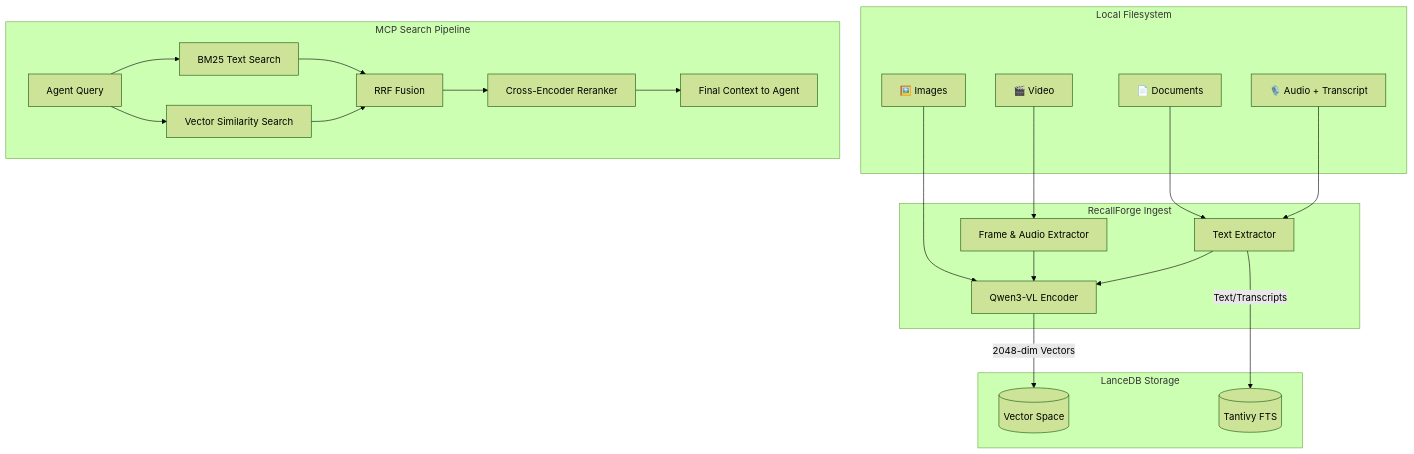
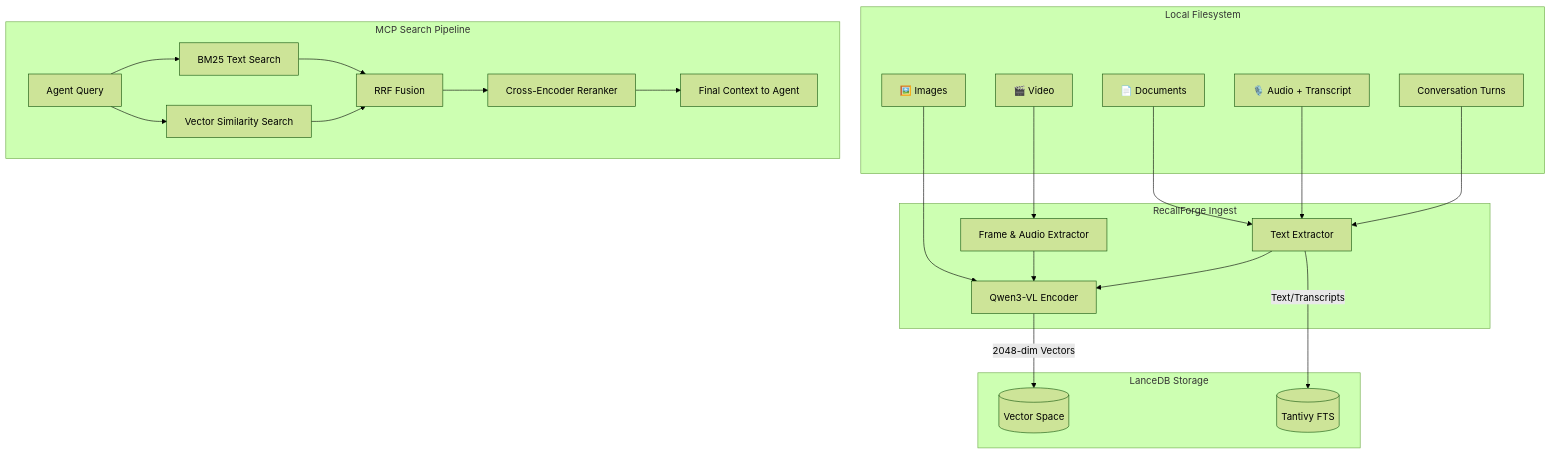
Before and after one commit to brianmeyer/recallforge: the diagram in README.md, drawn with Mermaid (forest theme). The commit also changed other lines of this file and 17 other files, not shown here.

````diff
--- a/README.md
+++ b/README.md
@@ -166,32 +166,34 @@
 ```mermaid
 graph TD
     subgraph Local Filesystem
         Docs[📄 Documents]
         Imgs[🖼️ Images]
         Vids[🎬 Video]
         Aud[🎙️ Audio + Transcript]
+        Conv[Conversation Turns]
     end
 
     subgraph RecallForge Ingest
         Docs --> TxtExt[Text Extractor]
         Imgs --> VLM[Qwen3-VL Encoder]
         Vids --> Frame[Frame & Audio Extractor]
         Aud --> TxtExt
+        Conv --> TxtExt
         Frame --> VLM
         TxtExt --> VLM
     end
 
     subgraph LanceDB Storage
         VLM -->|2048-dim Vectors| VecDB[(Vector Space)]
         TxtExt -->|Text/Transcripts| FTS[(Tantivy FTS)]
     end
 
     subgraph MCP Search Pipeline
         Query[Agent Query] --> BM25[BM25 Text Search]
         Query --> Dense[Vector Similarity Search]
         BM25 --> RRF[RRF Fusion]
         Dense --> RRF
         RRF --> Rerank[Cross-Encoder Reranker]
         Rerank --> Output[Final Context to Agent]
     end
 ```
````
